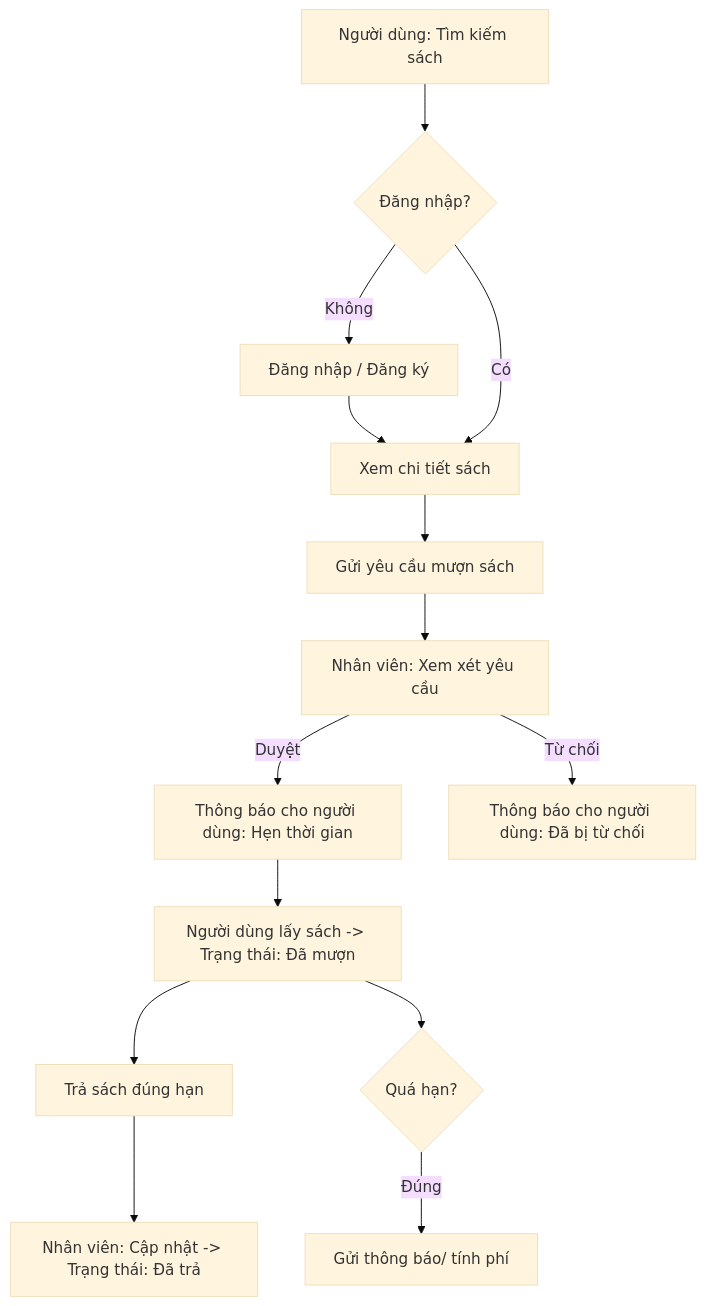
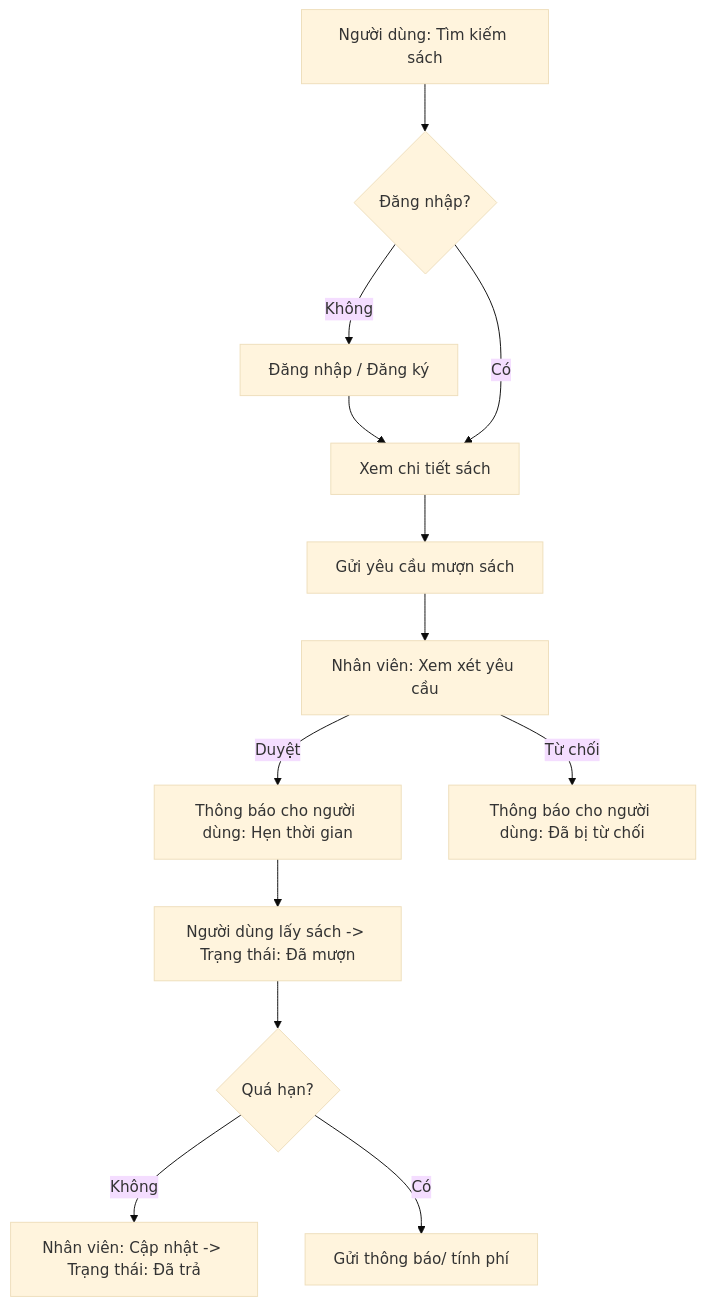
Before and after one commit to lthnhuw/Thu-vien: the diagram in README.md, drawn with Mermaid (base theme).

````diff
--- a/README.md
+++ b/README.md
@@ -33,16 +33,15 @@
 ```mermaid
 flowchart TD
   A[Người dùng: Tìm kiếm sách] --> B{Đăng nhập?}
   B -- Không --> C[Đăng nhập / Đăng ký]
   C --> D[Xem chi tiết sách]
   B -- Có --> D
   D --> E[Gửi yêu cầu mượn sách]
   E --> F[Nhân viên: Xem xét yêu cầu]
   F -- Duyệt --> G[Thông báo cho người dùng: Hẹn thời gian]
   F -- Từ chối --> H[Thông báo cho người dùng: Đã bị từ chối]
   G --> I[Người dùng lấy sách -> Trạng thái: Đã mượn]
-  I --> J[Trả sách đúng hạn]
-  J --> K[Nhân viên: Cập nhật -> Trạng thái: Đã trả]
   I --> L{Quá hạn?}
-  L -- Đúng --> M[Gửi thông báo/ tính phí]
+  L -- Không --> K[Nhân viên: Cập nhật -> Trạng thái: Đã trả]
+  L -- Có --> M[Gửi thông báo/ tính phí]
 ```
````
